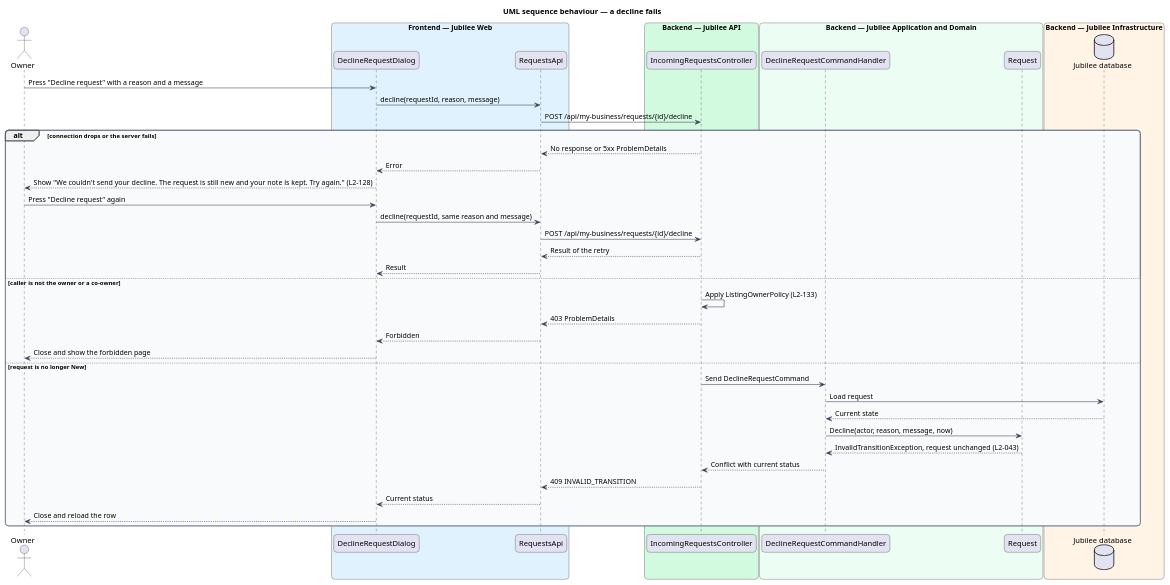
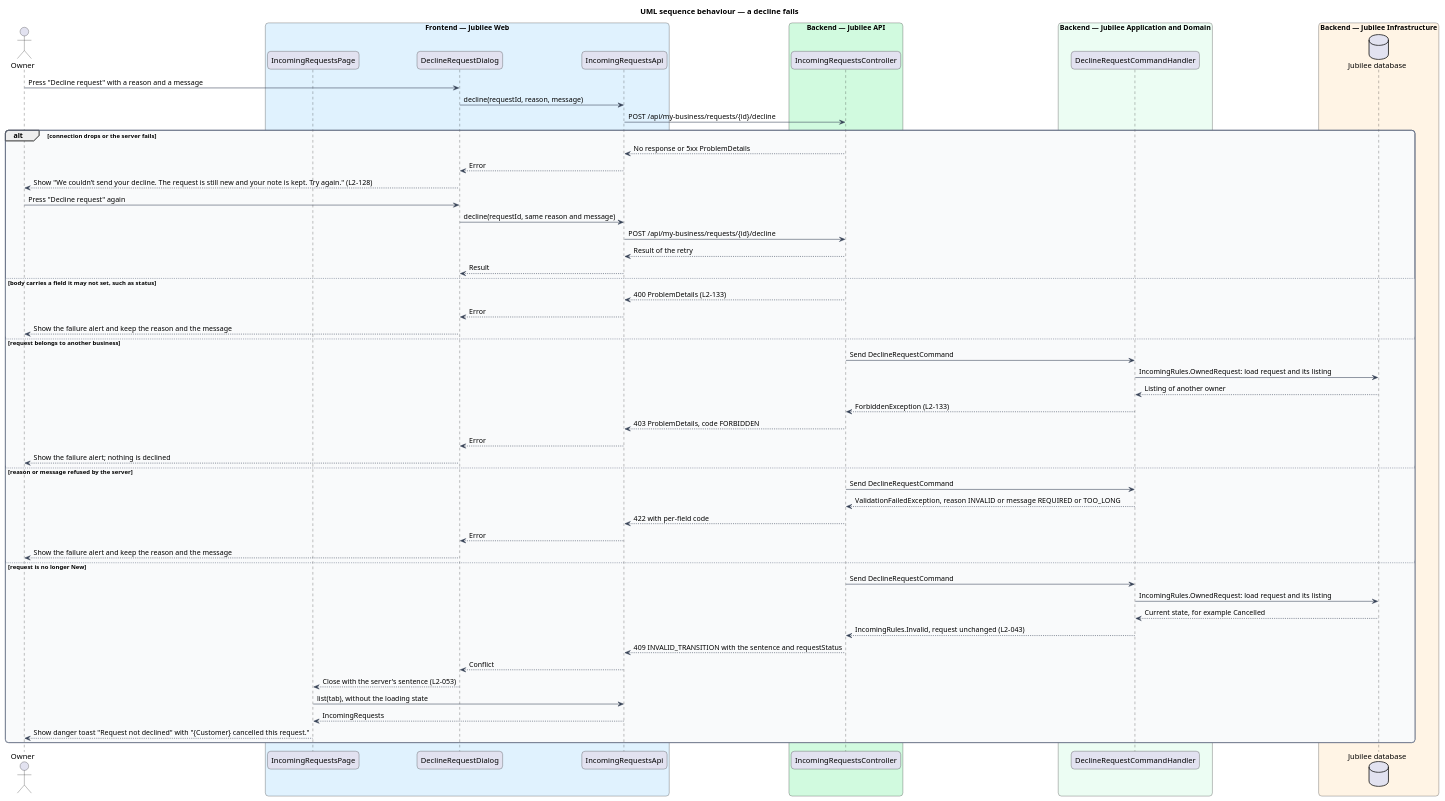
Before and after one commit to QuinntyneBrown/jubilee: the diagram in docs/detailed-designs/requests/decline-request/diagrams/sequence-decline-fails.puml, drawn with PlantUML. The commit also changed 35 other files, not shown here.

```diff
--- a/docs/detailed-designs/requests/decline-request/diagrams/sequence-decline-fails.puml
+++ b/docs/detailed-designs/requests/decline-request/diagrams/sequence-decline-fails.puml
@@ -1,60 +1,74 @@
 @startuml
 title UML sequence behaviour — a decline fails
 skinparam backgroundColor #FFFFFF
 skinparam shadowing false
 skinparam roundcorner 12
 skinparam defaultFontName Arial
 skinparam ArrowColor #344054
 skinparam rectangle {
   BorderColor #344054
   FontColor #101828
 }
 skinparam package {
   BorderColor #667085
   FontColor #101828
   BackgroundColor #F9FAFB
 }
 actor "Owner" as actor
 box "Frontend — Jubilee Web" #E0F2FE
+  participant "IncomingRequestsPage" as page
   participant "DeclineRequestDialog" as dialog
-  participant "RequestsApi" as client
+  participant "IncomingRequestsApi" as client
 end box
 box "Backend — Jubilee API" #D1FADF
   participant "IncomingRequestsController" as controller
 end box
 box "Backend — Jubilee Application and Domain" #ECFDF3
   participant "DeclineRequestCommandHandler" as handler
-  participant "Request" as entity
 end box
 box "Backend — Jubilee Infrastructure" #FFF4E5
   database "Jubilee database" as db
 end box
 actor -> dialog : Press "Decline request" with a reason and a message
 dialog -> client : decline(requestId, reason, message)
 client -> controller : POST /api/my-business/requests/{id}/decline
 alt connection drops or the server fails
   controller --> client : No response or 5xx ProblemDetails
   client --> dialog : Error
-  dialog --> actor : Show "We couldn't send your decline. The request is still new and your note is kept. Try again." (L2-128)
+  dialog --> actor : Show "We couldn’t send your decline. The request is still new and your note is kept. Try again." (L2-128)
   actor -> dialog : Press "Decline request" again
   dialog -> client : decline(requestId, same reason and message)
   client -> controller : POST /api/my-business/requests/{id}/decline
   controller --> client : Result of the retry
   client --> dialog : Result
-else caller is not the owner or a co-owner
-  controller -> controller : Apply ListingOwnerPolicy (L2-133)
-  controller --> client : 403 ProblemDetails
-  client --> dialog : Forbidden
-  dialog --> actor : Close and show the forbidden page
+else body carries a field it may not set, such as status
+  controller --> client : 400 ProblemDetails (L2-133)
+  client --> dialog : Error
+  dialog --> actor : Show the failure alert and keep the reason and the message
+else request belongs to another business
+  controller -> handler : Send DeclineRequestCommand
+  handler -> db : IncomingRules.OwnedRequest: load request and its listing
+  db --> handler : Listing of another owner
+  handler --> controller : ForbiddenException (L2-133)
+  controller --> client : 403 ProblemDetails, code FORBIDDEN
+  client --> dialog : Error
+  dialog --> actor : Show the failure alert; nothing is declined
+else reason or message refused by the server
+  controller -> handler : Send DeclineRequestCommand
+  handler --> controller : ValidationFailedException, reason INVALID or message REQUIRED or TOO_LONG
+  controller --> client : 422 with per-field code
+  client --> dialog : Error
+  dialog --> actor : Show the failure alert and keep the reason and the message
 else request is no longer New
   controller -> handler : Send DeclineRequestCommand
-  handler -> db : Load request
-  db --> handler : Current state
-  handler -> entity : Decline(actor, reason, message, now)
-  entity --> handler : InvalidTransitionException, request unchanged (L2-043)
-  handler --> controller : Conflict with current status
-  controller --> client : 409 INVALID_TRANSITION
-  client --> dialog : Current status
-  dialog --> actor : Close and reload the row
+  handler -> db : IncomingRules.OwnedRequest: load request and its listing
+  db --> handler : Current state, for example Cancelled
+  handler --> controller : IncomingRules.Invalid, request unchanged (L2-043)
+  controller --> client : 409 INVALID_TRANSITION with the sentence and requestStatus
+  client --> dialog : Conflict
+  dialog --> page : Close with the server's sentence (L2-053)
+  page -> client : list(tab), without the loading state
+  client --> page : IncomingRequests
+  page --> actor : Show danger toast "Request not declined" with "{Customer} cancelled this request."
 end
 @enduml
```
